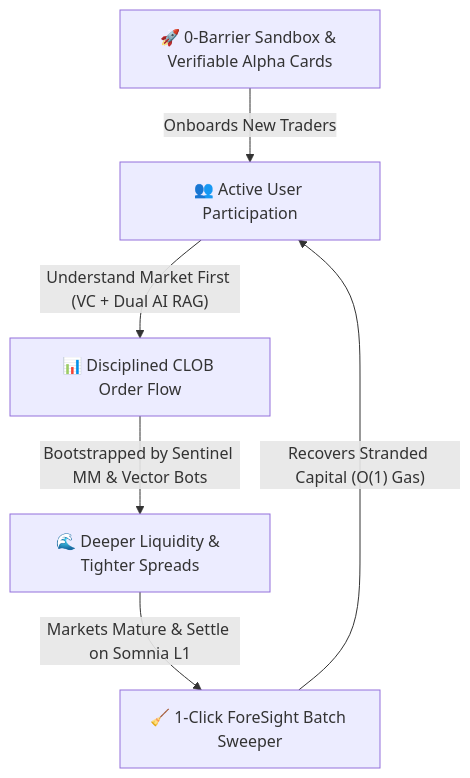
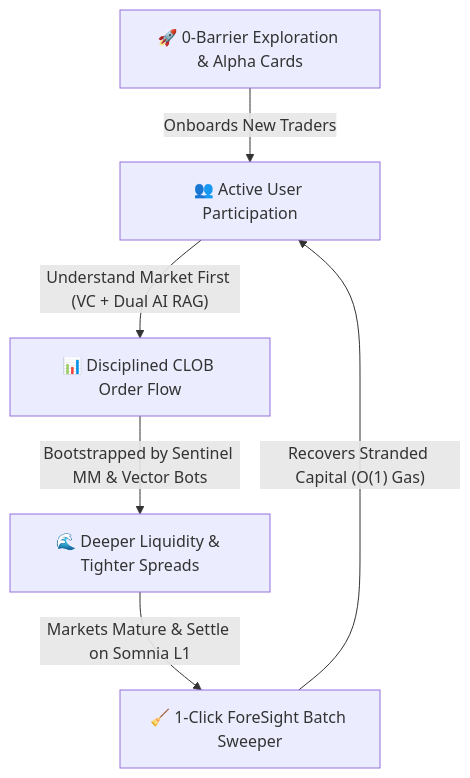
Before and after one commit to DanhCaTuanNgoc/ForeSight: the diagram in README.md, drawn with Mermaid. The commit also changed other lines of this file and 3 other files, not shown here.

````diff
--- a/README.md
+++ b/README.md
@@ -395,8 +168,8 @@
 ```mermaid
 graph TD
-    A["🚀 0-Barrier Sandbox & Verifiable Alpha Cards"] -->|"Onboards New Traders"| B["👥 Active User Participation"]
+    A["🚀 0-Barrier Exploration & Alpha Cards"] -->|"Onboards New Traders"| B["👥 Active User Participation"]
     B -->|"Understand Market First (VC + Dual AI RAG)"| C["📊 Disciplined CLOB Order Flow"]
     C -->|"Bootstrapped by Sentinel MM & Vector Bots"| D["🌊 Deeper Liquidity & Tighter Spreads"]
     D -->|"Markets Mature & Settle on Somnia L1"| E["🧹 1-Click ForeSight Batch Sweeper"]
     E -->|"Recovers Stranded Capital (O(1) Gas)"| B
 ```
````
